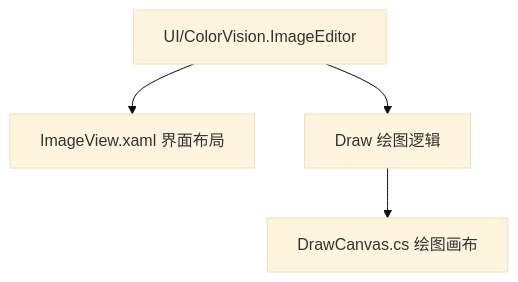
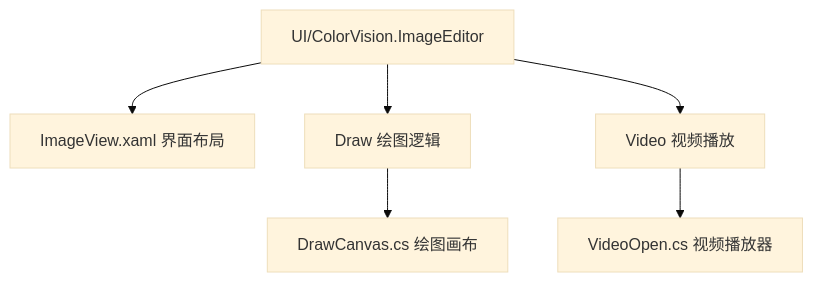
The first of 2 diagrams in docs/01-user-guide/image-editor/overview.md (xincheng213618/scgd_general_wpf), drawn with Mermaid (base theme) before and after one commit. The commit also changed other lines of this file and 10 other files, not shown here.

````diff
--- a/docs/01-user-guide/image-editor/overview.md
+++ b/docs/01-user-guide/image-editor/overview.md
@@ -36,7 +104,9 @@
 ```mermaid
 graph TD
     A[UI/ColorVision.ImageEditor]
     A --> B[ImageView.xaml 界面布局]
     A --> C[Draw 绘图逻辑]
-    C --> D[DrawCanvas.cs 绘图画布]
+    A --> D[Video 视频播放]
+    C --> E[DrawCanvas.cs 绘图画布]
+    D --> F[VideoOpen.cs 视频播放器]
 ```
````
